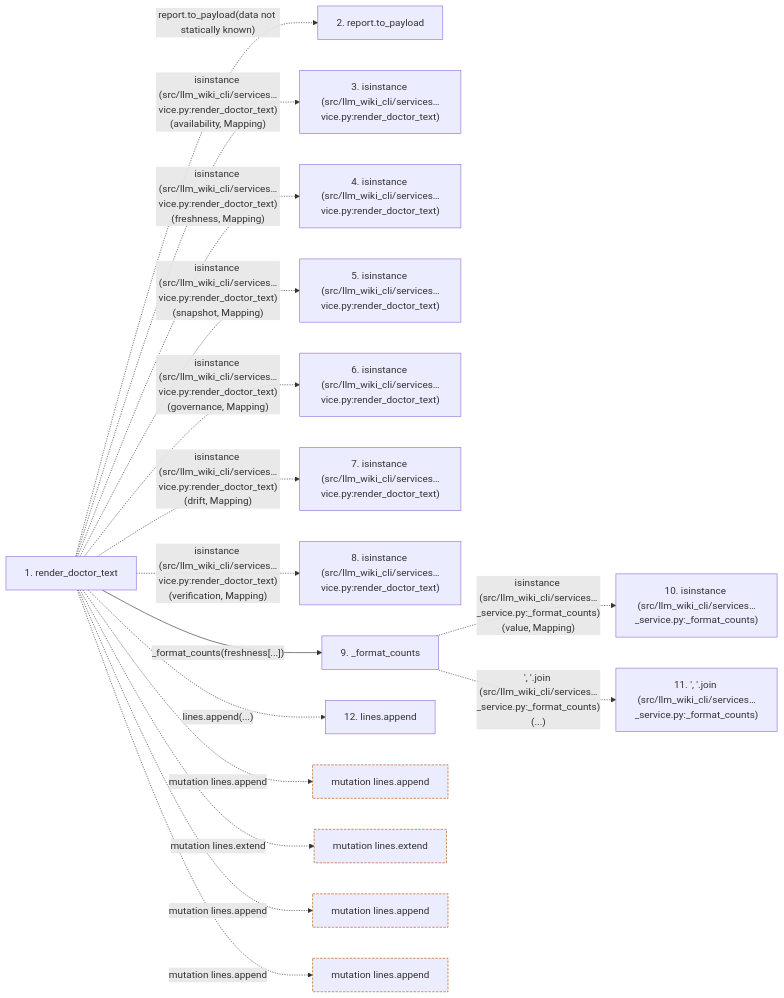
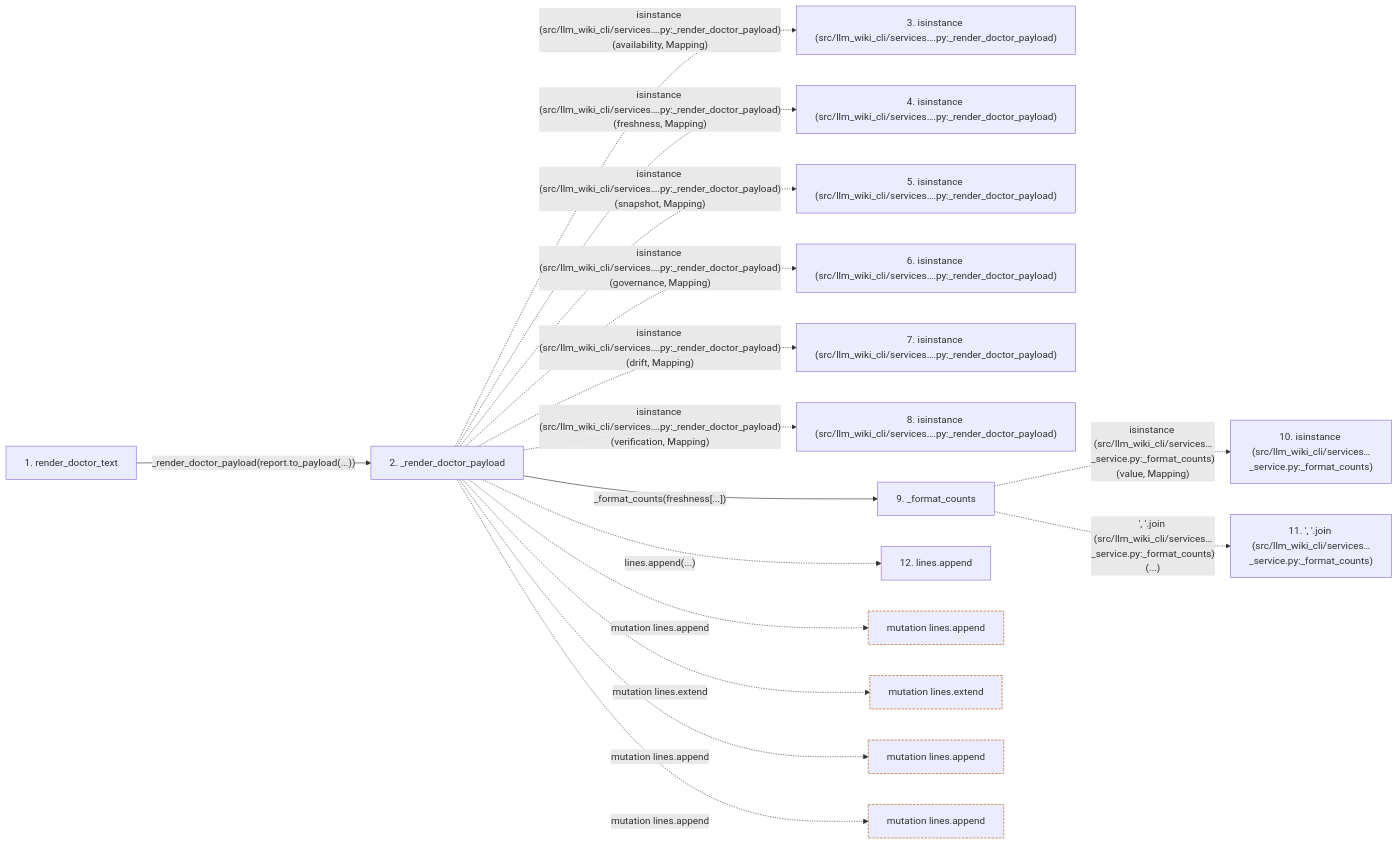
Before and after one commit to Denissvgn/python-wiki-llm: the second of 2 diagrams in docs/llm_wiki/flows/api-render_doctor_text.md, drawn with Mermaid. The commit also changed other lines of this file and 152 other files, not shown here.

````diff
--- a/docs/llm_wiki/flows/api-render_doctor_text.md
+++ b/docs/llm_wiki/flows/api-render_doctor_text.md
@@ -44,41 +46,42 @@
 ```mermaid
 flowchart LR
     s1["1. render_doctor_text"]
-    s2["2. report.to_payload"]
-    s3["3. isinstance (src/llm_wiki_cli/services…vice.py:render_doctor_text)"]
-    s4["4. isinstance (src/llm_wiki_cli/services…vice.py:render_doctor_text)"]
-    s5["5. isinstance (src/llm_wiki_cli/services…vice.py:render_doctor_text)"]
-    s6["6. isinstance (src/llm_wiki_cli/services…vice.py:render_doctor_text)"]
-    s7["7. isinstance (src/llm_wiki_cli/services…vice.py:render_doctor_text)"]
-    s8["8. isinstance (src/llm_wiki_cli/services…vice.py:render_doctor_text)"]
+    s2["2. _render_doctor_payload"]
+    s3["3. isinstance (src/llm_wiki_cli/services….py:_render_doctor_payload)"]
+    s4["4. isinstance (src/llm_wiki_cli/services….py:_render_doctor_payload)"]
+    s5["5. isinstance (src/llm_wiki_cli/services….py:_render_doctor_payload)"]
+    s6["6. isinstance (src/llm_wiki_cli/services….py:_render_doctor_payload)"]
+    s7["7. isinstance (src/llm_wiki_cli/services….py:_render_doctor_payload)"]
+    s8["8. isinstance (src/llm_wiki_cli/services….py:_render_doctor_payload)"]
     s9["9. _format_counts"]
     s10["10. isinstance (src/llm_wiki_cli/services…_service.py:_format_counts)"]
     s11["11. ', '.join (src/llm_wiki_cli/services…_service.py:_format_counts)"]
     s12["12. lines.append"]
-    s1 -. "report.to_payload(data not statically known)" .-> s2
-    s1 -. "isinstance (src/llm_wiki_cli/services…vice.py:render_doctor_text)(availability, Mapping)" .-> s3
-    s1 -. "isinstance (src/llm_wiki_cli/services…vice.py:render_doctor_text)(freshness, Mapping)" .-> s4
-    s1 -. "isinstance (src/llm_wiki_cli/services…vice.py:render_doctor_text)(snapshot, Mapping)" .-> s5
-    s1 -. "isinstance (src/llm_wiki_cli/services…vice.py:render_doctor_text)(governance, Mapping)" .-> s6
-    s1 -. "isinstance (src/llm_wiki_cli/services…vice.py:render_doctor_text)(drift, Mapping)" .-> s7
-    s1 -. "isinstance (src/llm_wiki_cli/services…vice.py:render_doctor_text)(verification, Mapping)" .-> s8
-    s1 -->|"_format_counts(freshness[...])"| s9
+    s1 -->|"_render_doctor_payload(report.to_payload(...))"| s2
+    s2 -. "isinstance (src/llm_wiki_cli/services….py:_render_doctor_payload)(availability, Mapping)" .-> s3
+    s2 -. "isinstance (src/llm_wiki_cli/services….py:_render_doctor_payload)(freshness, Mapping)" .-> s4
+    s2 -. "isinstance (src/llm_wiki_cli/services….py:_render_doctor_payload)(snapshot, Mapping)" .-> s5
+    s2 -. "isinstance (src/llm_wiki_cli/services….py:_render_doctor_payload)(governance, Mapping)" .-> s6
+    s2 -. "isinstance (src/llm_wiki_cli/services….py:_render_doctor_payload)(drift, Mapping)" .-> s7
+    s2 -. "isinstance (src/llm_wiki_cli/services….py:_render_doctor_payload)(verification, Mapping)" .-> s8
+    s2 -->|"_format_counts(freshness[...])"| s9
     s9 -. "isinstance (src/llm_wiki_cli/services…_service.py:_format_counts)(value, Mapping)" .-> s10
     s9 -. "', '.join (src/llm_wiki_cli/services…_service.py:_format_counts)(...)" .-> s11
-    s1 -. "lines.append(...)" .-> s12
+    s2 -. "lines.append(...)" .-> s12
     b0["mutation lines.append"]
-    s1 -. "mutation lines.append" .-> b0
+    s2 -. "mutation lines.append" .-> b0
     b1["mutation lines.extend"]
-    s1 -. "mutation lines.extend" .-> b1
+    s2 -. "mutation lines.extend" .-> b1
     b2["mutation lines.append"]
-    s1 -. "mutation lines.append" .-> b2
+    s2 -. "mutation lines.append" .-> b2
     b3["mutation lines.append"]
-    s1 -. "mutation lines.append" .-> b3
+    s2 -. "mutation lines.append" .-> b3
     click s1 "../modules/doctor_service.md"
+    click s2 "../modules/doctor_service.md"
     click s9 "../modules/doctor_service.md"
     classDef boundary stroke:#b45309,stroke-dasharray: 4 2
     class b0 boundary
     class b1 boundary
     class b2 boundary
     class b3 boundary
 ```
````
